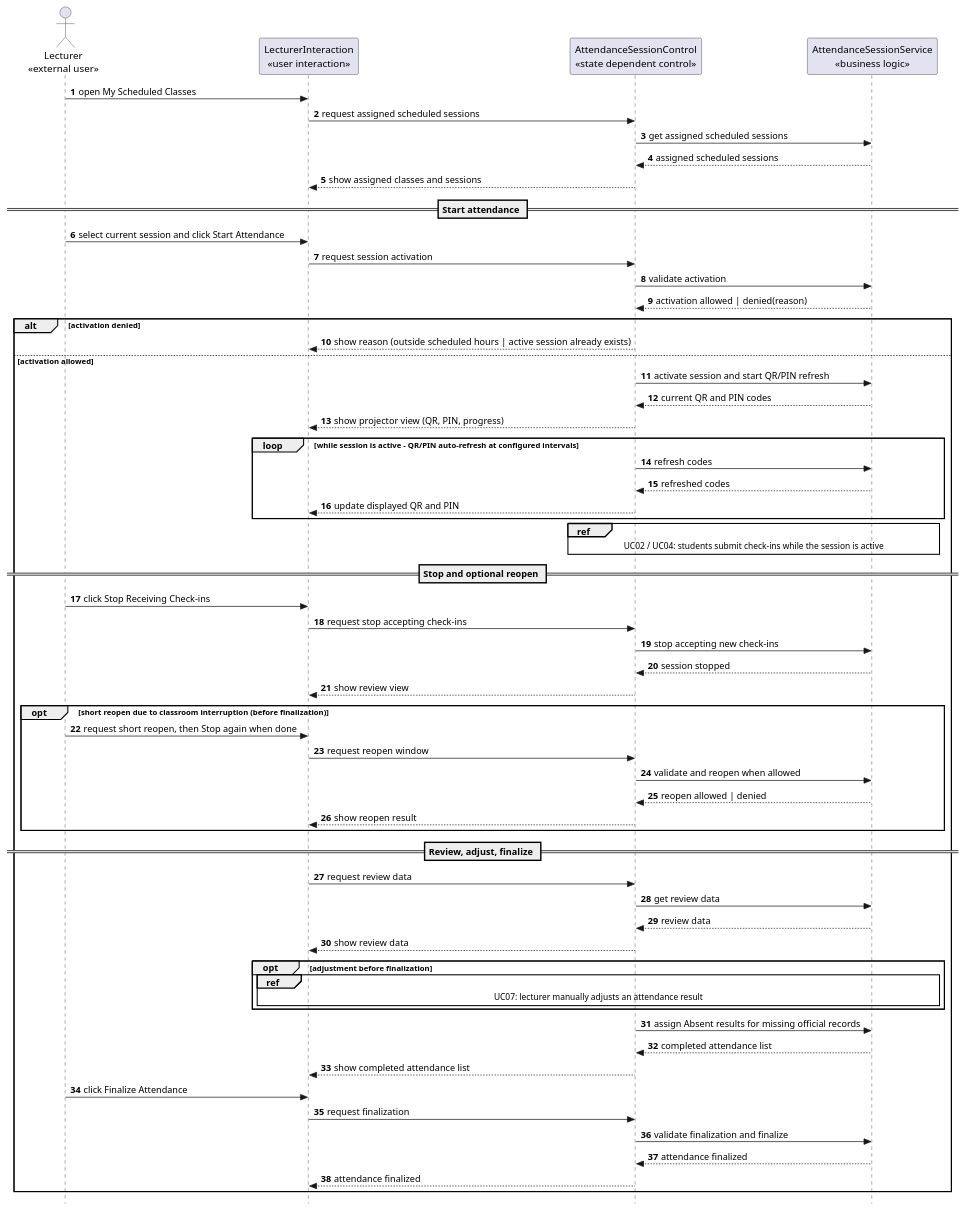
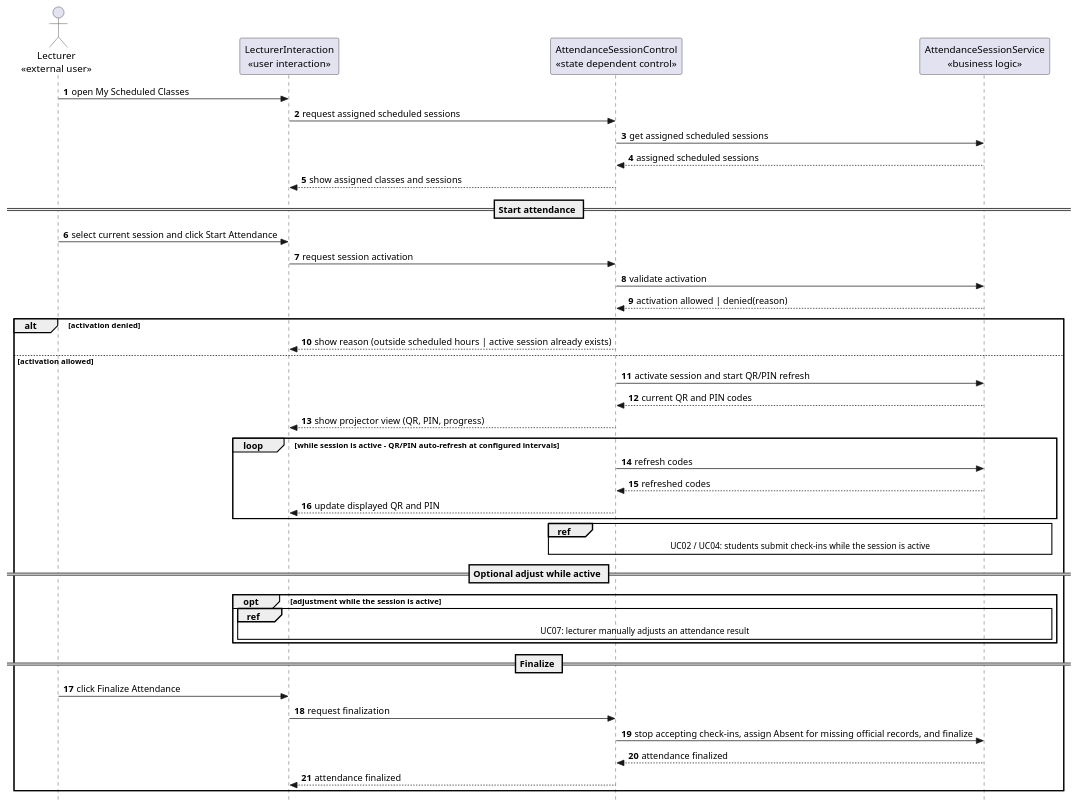
One commit to nttung42/SWD392 changed the third of 3 diagrams in docs/rds/2_Sequence_Diagram.md. Above: the diagram before and after it, drawn with PlantUML. The commit also changed other lines of this file and 3 other files, not shown here.

````diff
--- a/docs/rds/2_Sequence_Diagram.md
+++ b/docs/rds/2_Sequence_Diagram.md
@@ -148,77 +148,54 @@
 ```plantuml
 @startuml
 skinparam style strictuml
 autonumber
 actor "Lecturer\n«external user»" as Lecturer
 participant "LecturerInteraction\n«user interaction»" as LecturerUI
 participant "AttendanceSessionControl\n«state dependent control»" as SessionControl
 participant "AttendanceSessionService\n«business logic»" as SessionRules
 
 Lecturer -> LecturerUI : open My Scheduled Classes
 LecturerUI -> SessionControl : request assigned scheduled sessions
 SessionControl -> SessionRules : get assigned scheduled sessions
 SessionRules --> SessionControl : assigned scheduled sessions
 SessionControl --> LecturerUI : show assigned classes and sessions
 
 == Start attendance ==
 Lecturer -> LecturerUI : select current session and click Start Attendance
 LecturerUI -> SessionControl : request session activation
 SessionControl -> SessionRules : validate activation
 SessionRules --> SessionControl : activation allowed | denied(reason)
 
 alt activation denied
   SessionControl --> LecturerUI : show reason (outside scheduled hours | active session already exists)
 else activation allowed
   SessionControl -> SessionRules : activate session and start QR/PIN refresh
   SessionRules --> SessionControl : current QR and PIN codes
   SessionControl --> LecturerUI : show projector view (QR, PIN, progress)
 
   loop while session is active - QR/PIN auto-refresh at configured intervals
     SessionControl -> SessionRules : refresh codes
     SessionRules --> SessionControl : refreshed codes
     SessionControl --> LecturerUI : update displayed QR and PIN
   end
 
   ref over SessionControl, SessionRules
     UC02 / UC04: students submit check-ins while the session is active
   end ref
 
-  == Stop and optional reopen ==
-  Lecturer -> LecturerUI : click Stop Receiving Check-ins
-  LecturerUI -> SessionControl : request stop accepting check-ins
-  SessionControl -> SessionRules : stop accepting new check-ins
-  SessionRules --> SessionControl : session stopped
-  SessionControl --> LecturerUI : show review view
-
-  opt short reopen due to classroom interruption (before finalization)
-    Lecturer -> LecturerUI : request short reopen, then Stop again when done
-    LecturerUI -> SessionControl : request reopen window
-    SessionControl -> SessionRules : validate and reopen when allowed
-    SessionRules --> SessionControl : reopen allowed | denied
-    SessionControl --> LecturerUI : show reopen result
-  end
-
-  == Review, adjust, finalize ==
-  LecturerUI -> SessionControl : request review data
-  SessionControl -> SessionRules : get review data
-  SessionRules --> SessionControl : review data
-  SessionControl --> LecturerUI : show review data
-
-  opt adjustment before finalization
+  == Optional adjust while active ==
+  opt adjustment while the session is active
     ref over LecturerUI, SessionControl, SessionRules
       UC07: lecturer manually adjusts an attendance result
     end ref
   end
 
-  SessionControl -> SessionRules : assign Absent results for missing official records
-  SessionRules --> SessionControl : completed attendance list
-  SessionControl --> LecturerUI : show completed attendance list
-
+  == Finalize ==
   Lecturer -> LecturerUI : click Finalize Attendance
   LecturerUI -> SessionControl : request finalization
-  SessionControl -> SessionRules : validate finalization and finalize
+  SessionControl -> SessionRules : stop accepting check-ins, assign Absent for missing official records, and finalize
   SessionRules --> SessionControl : attendance finalized
   SessionControl --> LecturerUI : attendance finalized
 end
 @enduml
 ```
````
